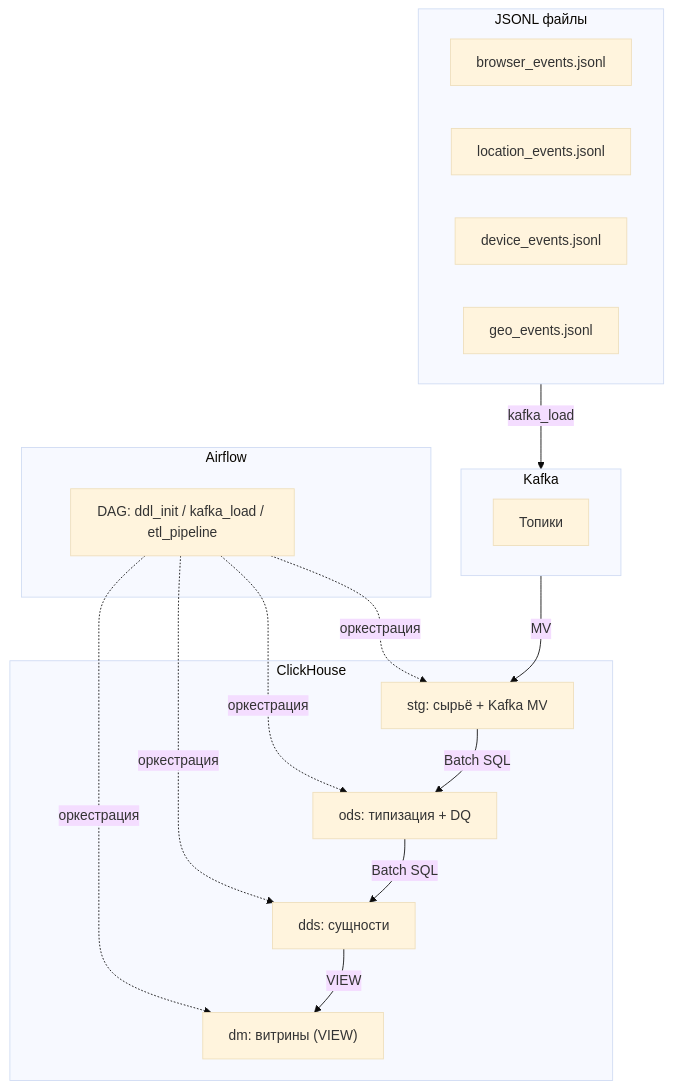
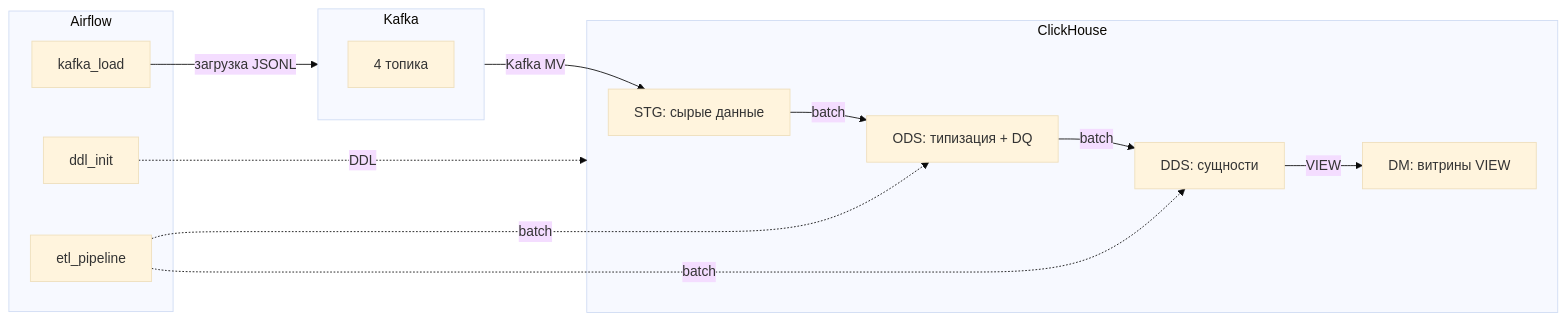
Before and after one commit to dementev-dev/clickstream-ch-kafka-superset-demo: the first of 2 diagrams in README.md, drawn with Mermaid (base theme). The commit also changed 1 other file, not shown here.

Commit message:
docs: обновлены Mermaid-диаграммы в README и ARCHITECTURE
- Упрощены диаграммы архитектуры, убраны эмодзи
- В README: компактная схема Airflow → Kafka → ClickHouse
- В ARCHITECTURE: обновлены общая схема, слои и сборка DDS
- Все диаграммы отражают 3 DAG: ddl_init, kafka_load, etl_pipeline

````diff
--- a/README.md
+++ b/README.md
@@ -82,27 +82,25 @@
 ```mermaid
-flowchart TB
-    subgraph Sources["JSONL файлы"]
-        BE[browser_events.jsonl]
-        LE[location_events.jsonl]
-        DE[device_events.jsonl]
-        GE[geo_events.jsonl]
+flowchart LR
+    subgraph AF["Airflow"]
+        D1["ddl_init"]
+        D2["kafka_load"]
+        D3["etl_pipeline"]
     end
 
     subgraph Kafka["Kafka"]
-        KT[Топики]
+        Topics[4 топика]
     end
 
     subgraph CH["ClickHouse"]
-        STG["stg: сырьё + Kafka MV"]
-        ODS["ods: типизация + DQ"]
-        DDS["dds: сущности"]
-        DM["dm: витрины (VIEW)"]
+        STG["STG: сырые данные"]
+        ODS["ODS: типизация + DQ"]
+        DDS["DDS: сущности"]
+        DM["DM: витрины VIEW"]
     end
 
-    subgraph Airflow["Airflow"]
-            DAG[DAG: ddl_init / kafka_load / etl_pipeline]
-        end
+    D2 -->|загрузка JSONL| Kafka -->|Kafka MV| STG
+    STG -->|batch| ODS -->|batch| DDS -->|VIEW| DM
 
-    Sources -->|kafka_load| Kafka -->|MV| STG -->|Batch SQL| ODS -->|Batch SQL| DDS -->|VIEW| DM
-    DAG -.->|оркестрация| STG & ODS & DDS & DM
+    D1 -.->|DDL| CH
+    D3 -.->|batch| ODS & DDS
 ```
````
